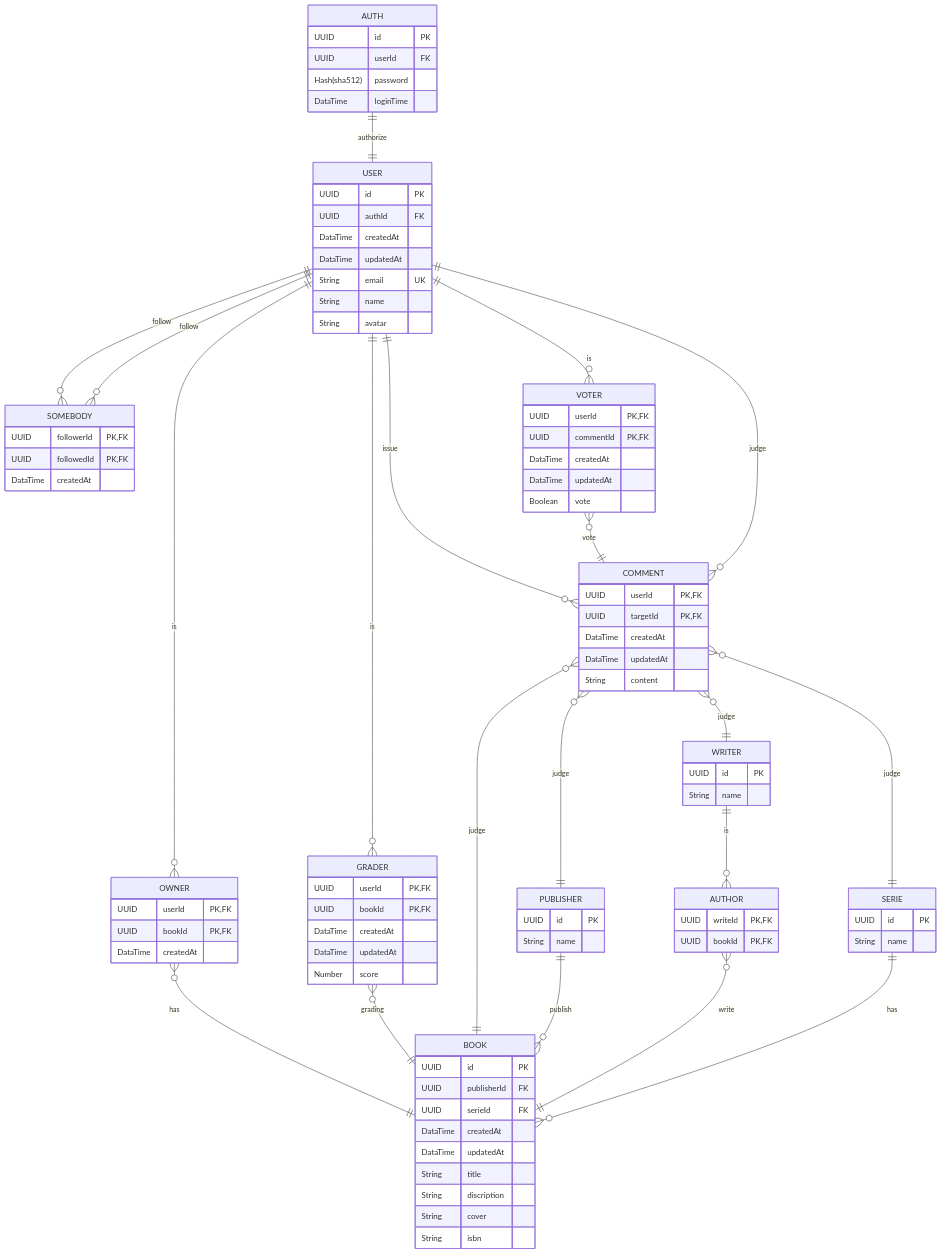
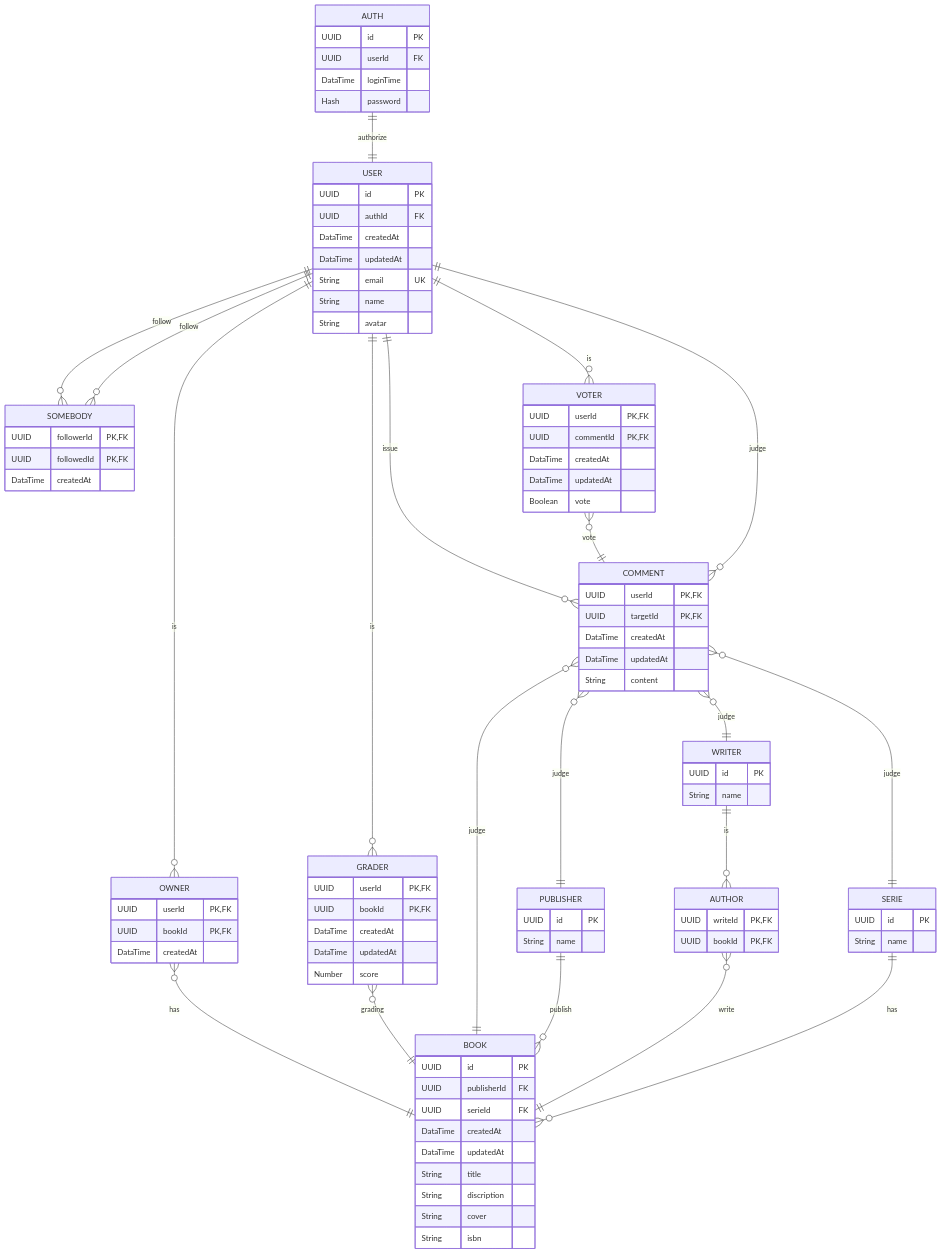
Before and after one commit to mogeko/book-exchange: the diagram in packages/database/README.md, drawn with Mermaid. The commit also changed other lines of this file, not shown here.

Commit message:
docs: add copyright information

```diff
--- a/packages/database/README.md
+++ b/packages/database/README.md
@@ -10,10 +10,10 @@
 erDiagram
   AUTH ||--|| USER : authorize
   AUTH {
-    UUID         id        PK
-    UUID         userId    FK
-    Hash(sha512) password
-    DataTime     loginTime
+    UUID     id        PK
+    UUID     userId    FK
+    DataTime loginTime
+    Hash     password
   }
   USER ||--o{ OWNER : is
   USER ||--o{ SOMEBODY : follow
```
